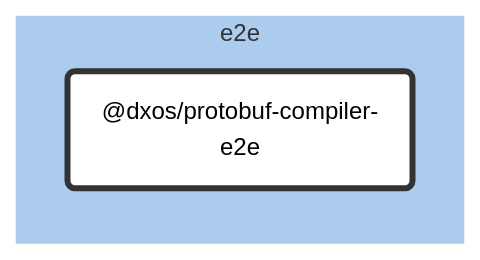
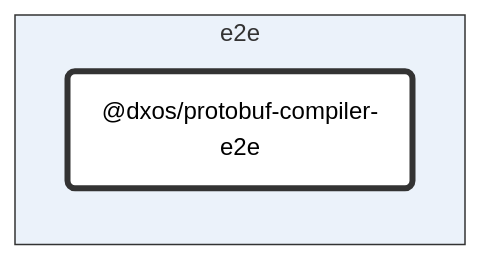
The diagram in packages/e2e/protobuf-compiler/docs/README.md (dxos/dxos), drawn with Mermaid (forest theme) before and after one commit. The commit also changed 93 other files, not shown here.

First line of the commit message:
chore: hierarchical graphs. (#1583)

````diff
--- a/packages/e2e/protobuf-compiler/docs/README.md
+++ b/packages/e2e/protobuf-compiler/docs/README.md
@@ -7,20 +7,20 @@
 ```mermaid
 %%{ init: {'flowchart':{'curve':'basis'}} }%%
 
 flowchart LR
 
 %% Classes
 classDef def fill:#fff,stroke:#333,stroke-width:1px
 classDef root fill:#fff,stroke:#333,stroke-width:4px
 
 %% Nodes
 
 subgraph e2e [e2e]
-  style e2e fill:#abcced,stroke:#fff
+  style e2e fill:#ebf2fa,stroke:#333
   dxos/protobuf-compiler-e2e("@dxos/protobuf-compiler-e2e"):::root
   click dxos/protobuf-compiler-e2e "dxos/dxos/tree/main/packages/e2e/protobuf-compiler/docs"
 end
 
 %% Links
 linkStyle default stroke:#333,stroke-width:1px
 ```
````
